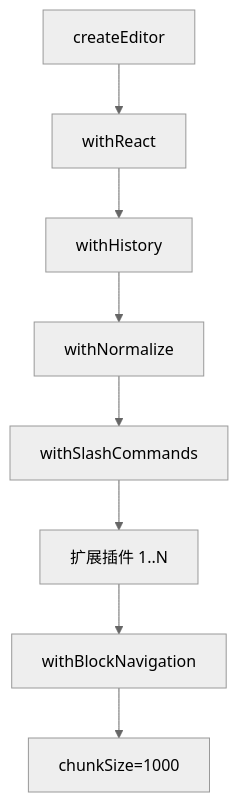
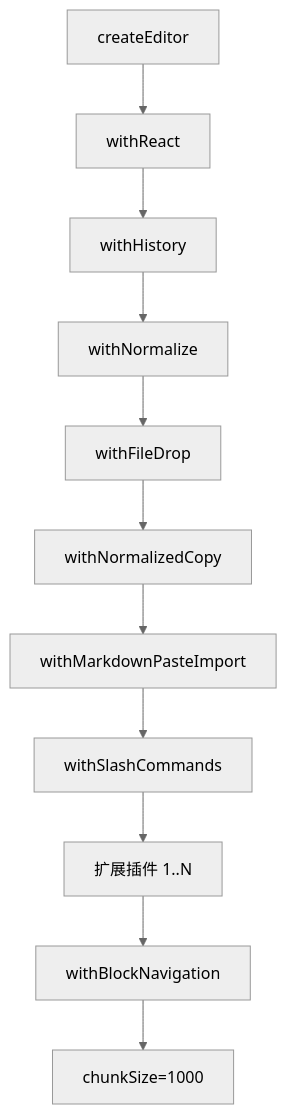
Before and after one commit to LastKnightCoder/editor: the diagram in docs/editor/编辑器技术细节指南.md, drawn with Mermaid (neutral theme). The commit also changed other lines of this file and 17 other files, not shown here.

````diff
--- a/docs/editor/编辑器技术细节指南.md
+++ b/docs/editor/编辑器技术细节指南.md
@@ -46,10 +46,13 @@
 ```mermaid
 graph TD
   A[createEditor] --> B[withReact]
   B --> C[withHistory]
   C --> D[withNormalize]
-  D --> E[withSlashCommands]
-  E --> F[扩展插件 1..N]
-  F --> G[withBlockNavigation]
-  G --> H[chunkSize=1000]
+  D --> E[withFileDrop]
+  E --> F[withNormalizedCopy]
+  F --> G[withMarkdownPasteImport]
+  G --> H[withSlashCommands]
+  H --> I[扩展插件 1..N]
+  I --> J[withBlockNavigation]
+  J --> K[chunkSize=1000]
 ```
````
